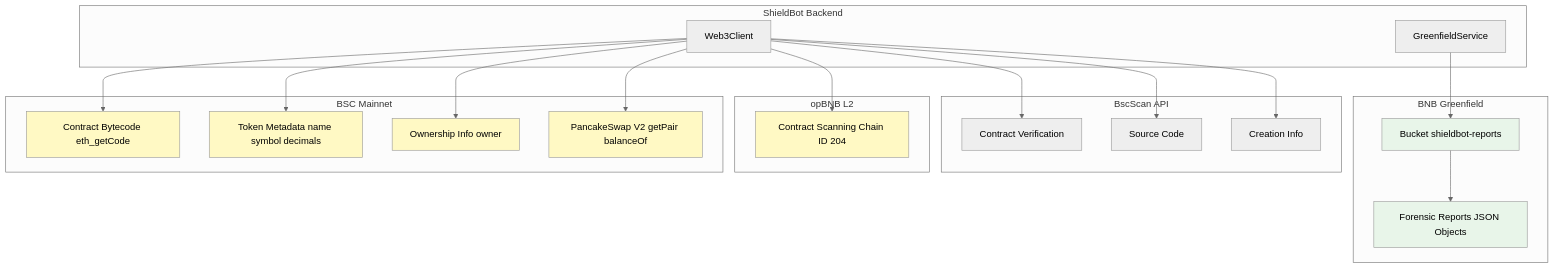
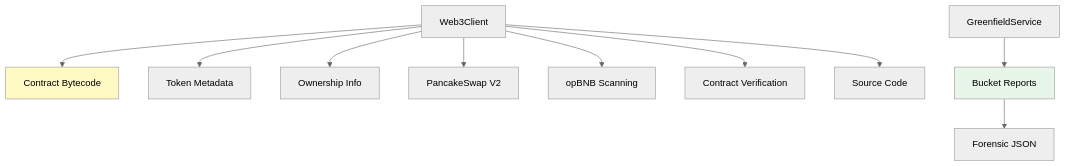
Before and after one commit to Ridwannurudeen/shieldbot: the fifth of 6 diagrams in docs/ARCHITECTURE_DIAGRAM.md, drawn with Mermaid (neutral theme). The commit also changed other lines of this file, not shown here.

Commit message:
Simplify Mermaid diagrams for GitHub compatibility

````diff
--- a/docs/ARCHITECTURE_DIAGRAM.md
+++ b/docs/ARCHITECTURE_DIAGRAM.md
@@ -244,49 +136,16 @@
 ```mermaid
-graph TB
-    subgraph "ShieldBot Backend"
-        A[Web3Client]
-        B[GreenfieldService]
-    end
+flowchart TB
+    A[Web3Client] --> C[Contract Bytecode]
+    A --> D[Token Metadata]
+    A --> E[Ownership Info]
+    A --> F[PancakeSwap V2]
+    A --> G[opBNB Scanning]
+    A --> J[Contract Verification]
+    A --> K[Source Code]
 
-    subgraph "BSC Mainnet"
-        C[Contract Bytecode eth_getCode]
-        D[Token Metadata name symbol decimals]
-        E[Ownership Info owner]
-        F[PancakeSwap V2 getPair balanceOf]
-    end
-
-    subgraph "opBNB L2"
-        G[Contract Scanning Chain ID 204]
-    end
-
-    subgraph "BNB Greenfield"
-        H[Bucket shieldbot-reports]
-        I[Forensic Reports JSON Objects]
-    end
-
-    subgraph "BscScan API"
-        J[Contract Verification]
-        K[Source Code]
-        L[Creation Info]
-    end
-
-    A --> C
-    A --> D
-    A --> E
-    A --> F
-    A --> G
-    A --> J
-    A --> K
-    A --> L
-
-    B --> H
-    H --> I
+    B[GreenfieldService] --> H[Bucket Reports]
+    H --> I[Forensic JSON]
 
     style C fill:#fff9c4
-    style D fill:#fff9c4
-    style E fill:#fff9c4
-    style F fill:#fff9c4
-    style G fill:#fff9c4
     style H fill:#e8f5e9
-    style I fill:#e8f5e9
 ```
````
